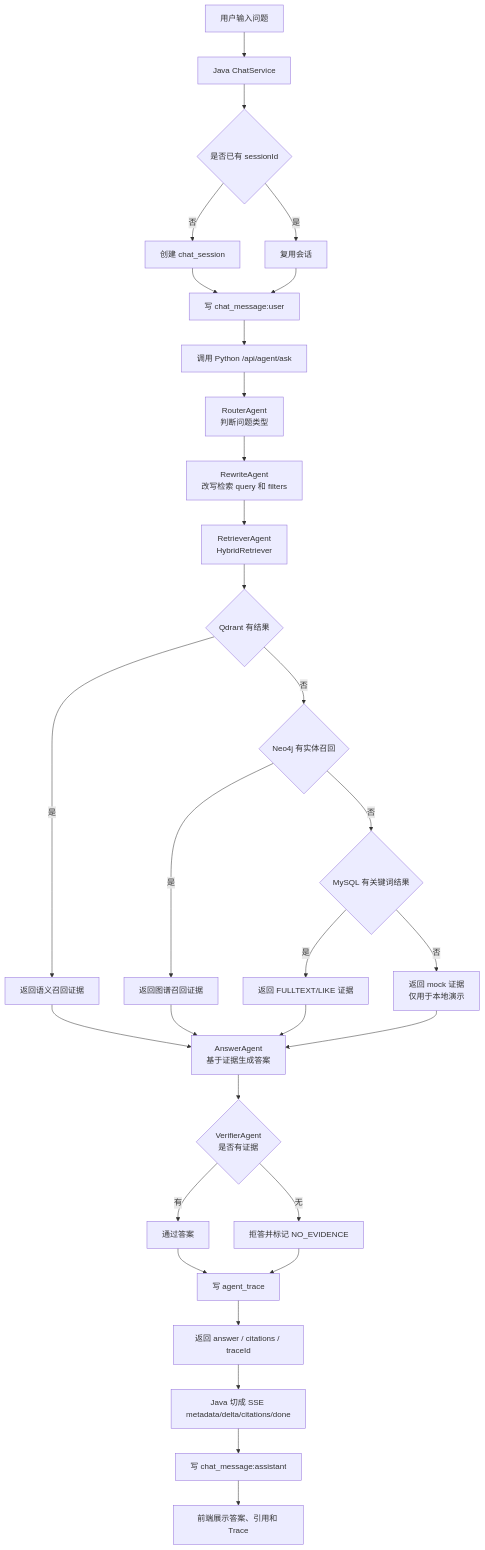
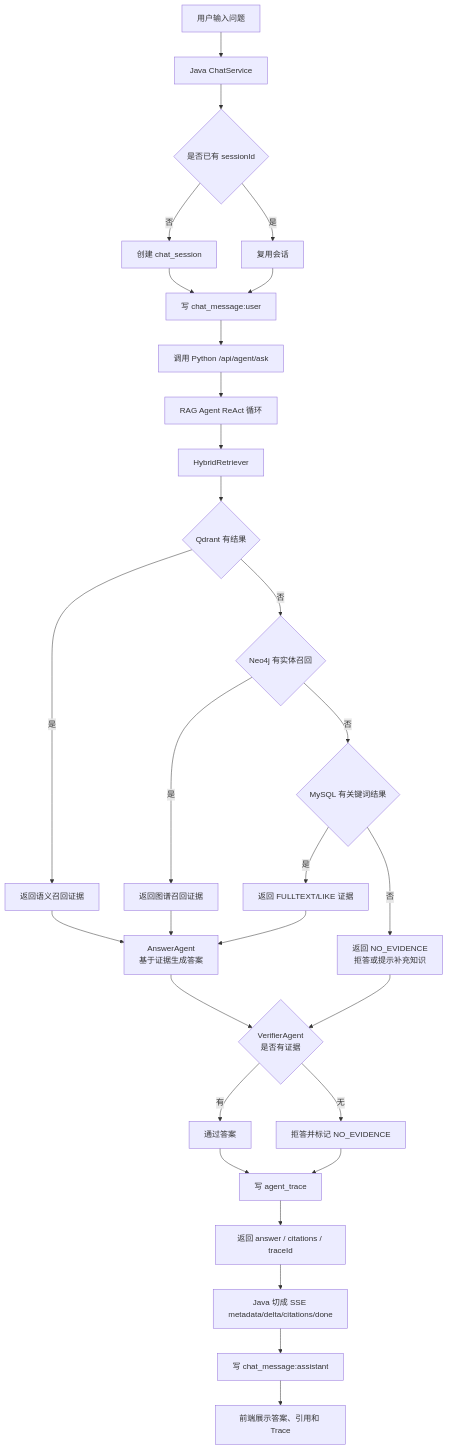
One commit to CarlosYonng/ai-agent-portfolio changed the fourth of 6 diagrams in docs/KB_OPERATION_FLOW.md. Above: the diagram before and after it, drawn with Mermaid. The commit also changed other lines of this file and 271 other files, not shown here.

````diff
--- a/docs/KB_OPERATION_FLOW.md
+++ b/docs/KB_OPERATION_FLOW.md
@@ -96,33 +93,32 @@
 ```mermaid
 flowchart TD
     A["用户输入问题"] --> B["Java ChatService"]
     B --> C{是否已有 sessionId}
     C -->|否| D["创建 chat_session"]
     C -->|是| E["复用会话"]
     D --> F["写 chat_message:user"]
     E --> F
     F --> G["调用 Python /api/agent/ask"]
-    G --> H["RouterAgent<br/>判断问题类型"]
-    H --> I["RewriteAgent<br/>改写检索 query 和 filters"]
-    I --> J["RetrieverAgent<br/>HybridRetriever"]
-    J --> K{Qdrant 有结果}
-    K -->|是| L["返回语义召回证据"]
-    K -->|否| M{Neo4j 有实体召回}
-    M -->|是| N["返回图谱召回证据"]
-    M -->|否| O{MySQL 有关键词结果}
-    O -->|是| P["返回 FULLTEXT/LIKE 证据"]
-    O -->|否| Q["返回 mock 证据<br/>仅用于本地演示"]
-    L --> R["AnswerAgent<br/>基于证据生成答案"]
-    N --> R
+    G --> H["RAG Agent ReAct 循环"]
+    H --> I["HybridRetriever"]
+    I --> J{Qdrant 有结果}
+    J -->|是| K["返回语义召回证据"]
+    J -->|否| L{Neo4j 有实体召回}
+    L -->|是| M["返回图谱召回证据"]
+    L -->|否| N{MySQL 有关键词结果}
+    N -->|是| O["返回 FULLTEXT/LIKE 证据"]
+    N -->|否| P["返回 NO_EVIDENCE<br/>拒答或提示补充知识"]
+    K --> Q["AnswerAgent<br/>基于证据生成答案"]
+    M --> Q
+    O --> Q
     P --> R
-    Q --> R
-    R --> S{VerifierAgent<br/>是否有证据}
-    S -->|有| T["通过答案"]
-    S -->|无| U["拒答并标记 NO_EVIDENCE"]
-    T --> V["写 agent_trace"]
-    U --> V
-    V --> W["返回 answer / citations / traceId"]
-    W --> X["Java 切成 SSE metadata/delta/citations/done"]
-    X --> Y["写 chat_message:assistant"]
-    Y --> Z["前端展示答案、引用和 Trace"]
+    Q --> R{VerifierAgent<br/>是否有证据}
+    R -->|有| S["通过答案"]
+    R -->|无| T["拒答并标记 NO_EVIDENCE"]
+    S --> U["写 agent_trace"]
+    T --> U
+    U --> V["返回 answer / citations / traceId"]
+    V --> W["Java 切成 SSE metadata/delta/citations/done"]
+    W --> X["写 chat_message:assistant"]
+    X --> Y["前端展示答案、引用和 Trace"]
 ```
````
